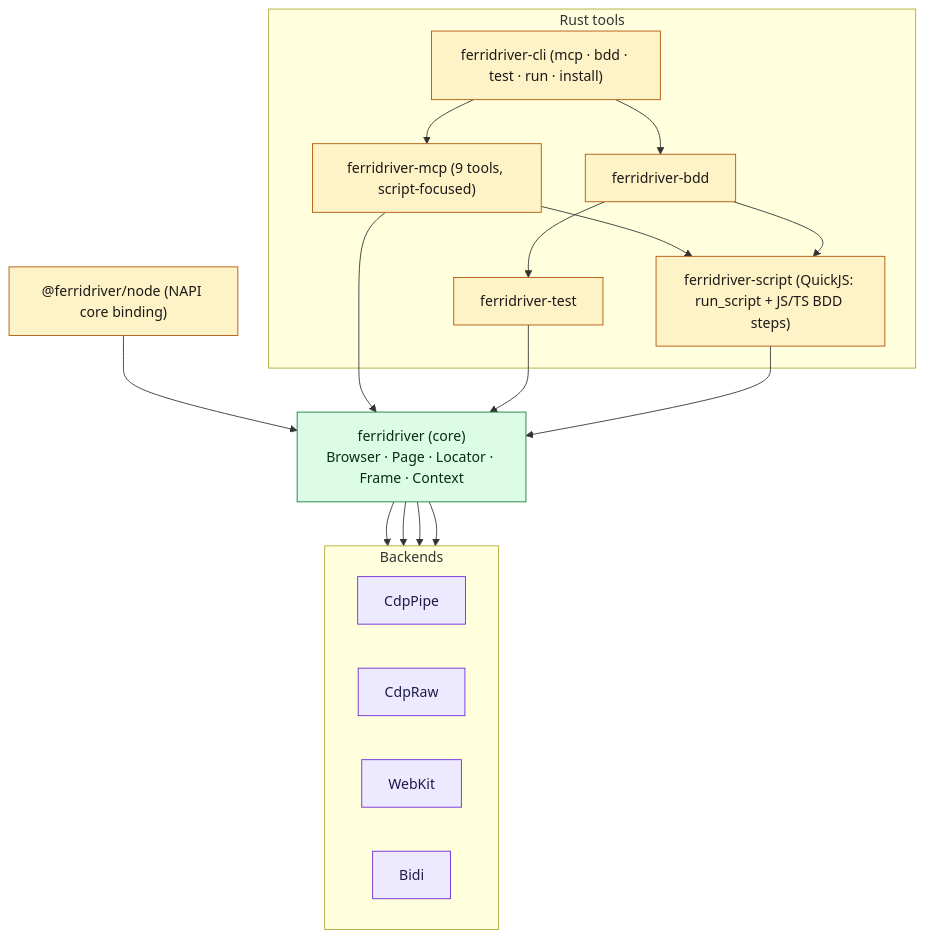
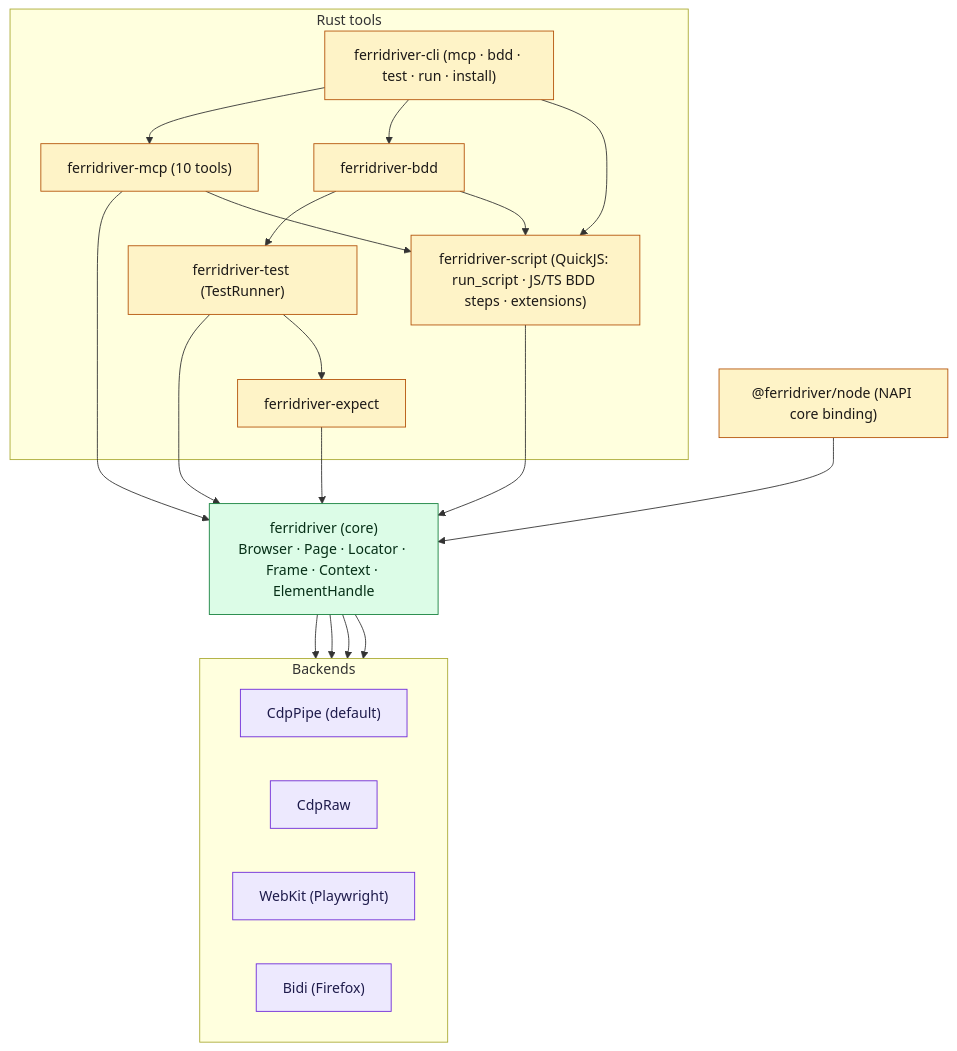
One commit to salamaashoush/ferridriver changed the first of 3 diagrams in site/docs/guide/architecture.md. Above: the diagram before and after it, drawn with Mermaid. The commit also changed other lines of this file and 83 other files, not shown here.

````diff
--- a/site/docs/guide/architecture.md
+++ b/site/docs/guide/architecture.md
@@ -7,43 +10,47 @@
 ```mermaid
 flowchart TB
   N["@ferridriver/node (NAPI core binding)"]
 
-  subgraph RustTools ["Rust tools"]
+  subgraph RustTools [Rust tools]
     C["ferridriver-cli (mcp · bdd · test · run · install)"]
-    D["ferridriver-test"]
+    D["ferridriver-test (TestRunner)"]
     E["ferridriver-bdd"]
-    F["ferridriver-mcp (9 tools, script-focused)"]
-    S["ferridriver-script (QuickJS: run_script + JS/TS BDD steps)"]
+    EX["ferridriver-expect"]
+    F["ferridriver-mcp (10 tools)"]
+    S["ferridriver-script (QuickJS: run_script · JS/TS BDD steps · extensions)"]
   end
 
-  Core["ferridriver (core)\nBrowser · Page · Locator · Frame · Context"]
+  Core["ferridriver (core)\nBrowser · Page · Locator · Frame · Context · ElementHandle"]
 
   subgraph Backends
     direction LR
-    B1["CdpPipe"]
+    B1["CdpPipe (default)"]
     B2["CdpRaw"]
-    B3["WebKit"]
-    B4["Bidi"]
+    B3["WebKit (Playwright)"]
+    B4["Bidi (Firefox)"]
   end
 
   N --> Core
   C --> F
   C --> E
+  C --> S
   F --> Core
   F --> S
   E --> D
   E --> S
   D --> Core
+  D --> EX
+  EX --> Core
   S --> Core
   Core --> B1
   Core --> B2
   Core --> B3
   Core --> B4
 
   classDef rustLayer fill:#fef3c7,stroke:#b45309,color:#1c1917
   classDef coreLayer fill:#dcfce7,stroke:#15803d,color:#052e16
   classDef backendLayer fill:#ede9fe,stroke:#6d28d9,color:#1e1b4b
-  class N,C,D,E,F,S rustLayer
+  class N,C,D,E,EX,F,S rustLayer
   class Core coreLayer
   class B1,B2,B3,B4 backendLayer
 ```
````
